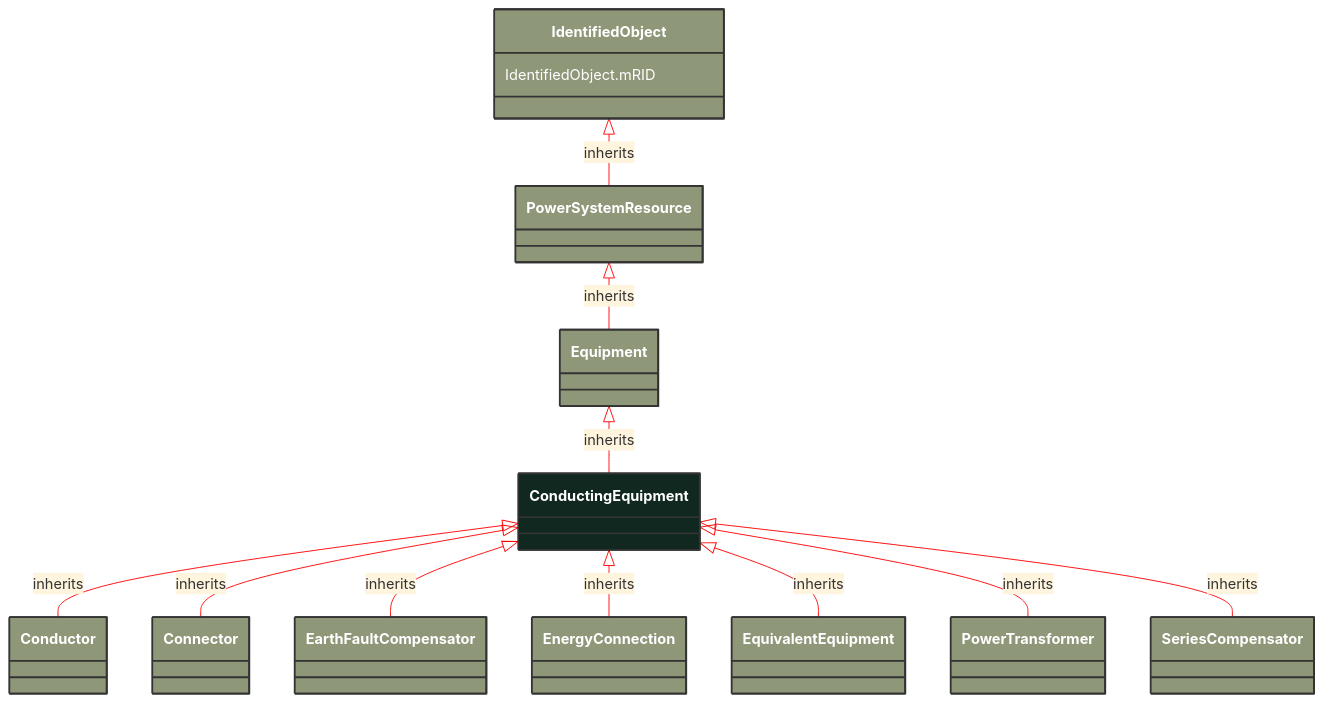
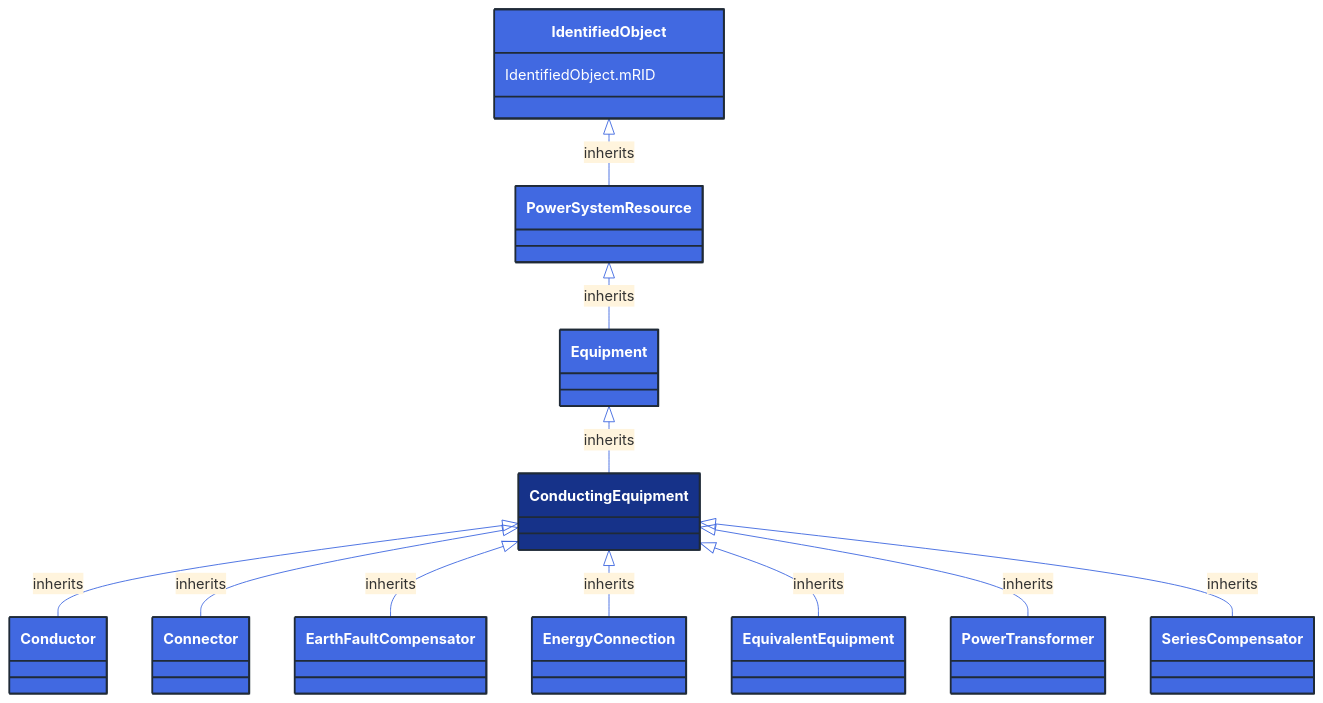
One commit to 3lbits/NoCIMExtensions changed the diagram in docs/Models/Profiles/ShortCircuit/AbstractClasses/ConductingEquipment.md. Above: the diagram before and after it, drawn with Mermaid. The commit also changed 362 other files, not shown here.

First line of the commit message:
Update diagrams and styles for improved visual consistency

````diff
--- a/docs/Models/Profiles/ShortCircuit/AbstractClasses/ConductingEquipment.md
+++ b/docs/Models/Profiles/ShortCircuit/AbstractClasses/ConductingEquipment.md
@@ -10,65 +10,65 @@
 ```mermaid
-%%{init: {'theme':'base','themeVariables': {'lineColor': '#FF0000'}}}%%
+%%{init: {'theme':'base','themeVariables': {'lineColor': '#4169E1'}}}%%
 classDiagram
     class ConductingEquipment
     click ConductingEquipment href "/Models/Profiles/ShortCircuit/AbstractClasses/ConductingEquipment/"
-    style ConductingEquipment fill:#102820,stroke:#333,stroke-width:2px,rx:10,ry:10,color:white
+    style ConductingEquipment fill:#163289,stroke:#1F2A37,stroke-width:2px,rx:10,ry:10,color:white
 
         ConductingEquipment <|-- Conductor : inherits
 
         Conductor
             click Conductor href "/Models/Profiles/ShortCircuit/AbstractClasses/Conductor/"
-            style Conductor fill:#8F9779,stroke:#333,stroke-width:2px,rx:10,ry:10,color:white
+            style Conductor fill:#4169E1,stroke:#1F2A37,stroke-width:2px,rx:10,ry:10,color:white
 
         ConductingEquipment <|-- Connector : inherits
 
         Connector
             click Connector href "/Models/Profiles/ShortCircuit/AbstractClasses/Connector/"
-            style Connector fill:#8F9779,stroke:#333,stroke-width:2px,rx:10,ry:10,color:white
+            style Connector fill:#4169E1,stroke:#1F2A37,stroke-width:2px,rx:10,ry:10,color:white
 
         ConductingEquipment <|-- EarthFaultCompensator : inherits
 
         EarthFaultCompensator
             click EarthFaultCompensator href "/Models/Profiles/ShortCircuit/AbstractClasses/EarthFaultCompensator/"
-            style EarthFaultCompensator fill:#8F9779,stroke:#333,stroke-width:2px,rx:10,ry:10,color:white
+            style EarthFaultCompensator fill:#4169E1,stroke:#1F2A37,stroke-width:2px,rx:10,ry:10,color:white
 
         ConductingEquipment <|-- EnergyConnection : inherits
 
         EnergyConnection
             click EnergyConnection href "/Models/Profiles/ShortCircuit/AbstractClasses/EnergyConnection/"
-            style EnergyConnection fill:#8F9779,stroke:#333,stroke-width:2px,rx:10,ry:10,color:white
+            style EnergyConnection fill:#4169E1,stroke:#1F2A37,stroke-width:2px,rx:10,ry:10,color:white
 
         ConductingEquipment <|-- EquivalentEquipment : inherits
 
         EquivalentEquipment
             click EquivalentEquipment href "/Models/Profiles/ShortCircuit/AbstractClasses/EquivalentEquipment/"
-            style EquivalentEquipment fill:#8F9779,stroke:#333,stroke-width:2px,rx:10,ry:10,color:white
+            style EquivalentEquipment fill:#4169E1,stroke:#1F2A37,stroke-width:2px,rx:10,ry:10,color:white
 
         ConductingEquipment <|-- PowerTransformer : inherits
 
         PowerTransformer
             click PowerTransformer href "/Models/Profiles/ShortCircuit/ConcreteClasses/PowerTransformer/"
-            style PowerTransformer fill:#8F9779,stroke:#333,stroke-width:2px,rx:10,ry:10,color:white
+            style PowerTransformer fill:#4169E1,stroke:#1F2A37,stroke-width:2px,rx:10,ry:10,color:white
 
         ConductingEquipment <|-- SeriesCompensator : inherits
 
         SeriesCompensator
             click SeriesCompensator href "/Models/Profiles/ShortCircuit/ConcreteClasses/SeriesCompensator/"
-            style SeriesCompensator fill:#8F9779,stroke:#333,stroke-width:2px,rx:10,ry:10,color:white
+            style SeriesCompensator fill:#4169E1,stroke:#1F2A37,stroke-width:2px,rx:10,ry:10,color:white
      
         Equipment <|-- ConductingEquipment : inherits
             click Equipment href "/Models/Profiles/ShortCircuit/AbstractClasses/Equipment/"
-            style Equipment fill:#8F9779,stroke:#333,stroke-width:2px,rx:10,ry:10,color:white
+            style Equipment fill:#4169E1,stroke:#1F2A37,stroke-width:2px,rx:10,ry:10,color:white
      
         PowerSystemResource <|-- Equipment : inherits
             click PowerSystemResource href "/Models/Profiles/ShortCircuit/AbstractClasses/PowerSystemResource/"
-            style PowerSystemResource fill:#8F9779,stroke:#333,stroke-width:2px,rx:10,ry:10,color:white
+            style PowerSystemResource fill:#4169E1,stroke:#1F2A37,stroke-width:2px,rx:10,ry:10,color:white
      
         IdentifiedObject <|-- PowerSystemResource : inherits
             click IdentifiedObject href "/Models/Profiles/ShortCircuit/AbstractClasses/IdentifiedObject/"
-            style IdentifiedObject fill:#8F9779,stroke:#333,stroke-width:2px,rx:10,ry:10,color:white
+            style IdentifiedObject fill:#4169E1,stroke:#1F2A37,stroke-width:2px,rx:10,ry:10,color:white
 
 
 
         IdentifiedObject : IdentifiedObject.mRID
 ```
````
